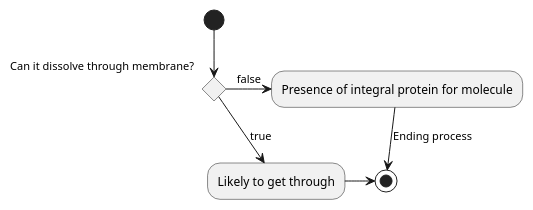
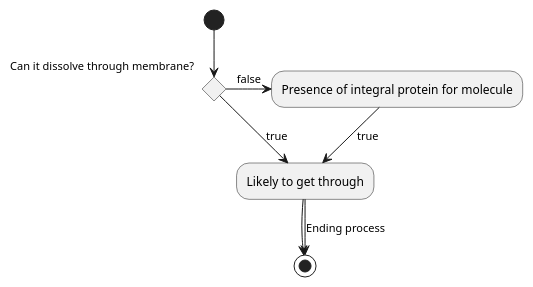
Before and after one commit to ashwinreddy/wiki: the diagram in Biology/Cell-Biology/Cell-Membrane.md, drawn with PlantUML.

Commit message:
Updated Cell%20Membrane (markdown)

```diff
--- a/Biology/Cell-Biology/Cell-Membrane.md
+++ b/Biology/Cell-Biology/Cell-Membrane.md
@@ -40,9 +40,10 @@
 @startuml
 (*) --> if "Can it dissolve through membrane?" then
   -->[true] "Likely to get through"
   -right-> (*)
 else
   ->[false] "Presence of integral protein for molecule"
+  -->[true] "Likely to get through"
   -->[Ending process] (*)
 endif
 @enduml
```
